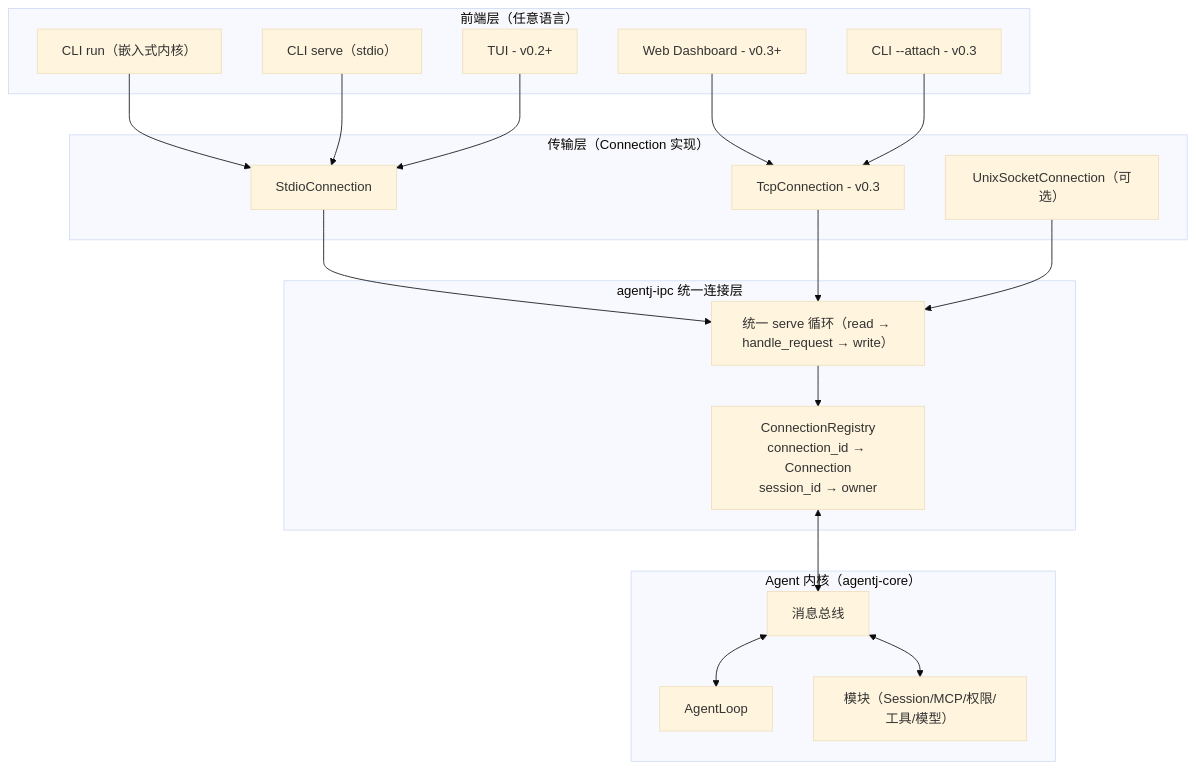
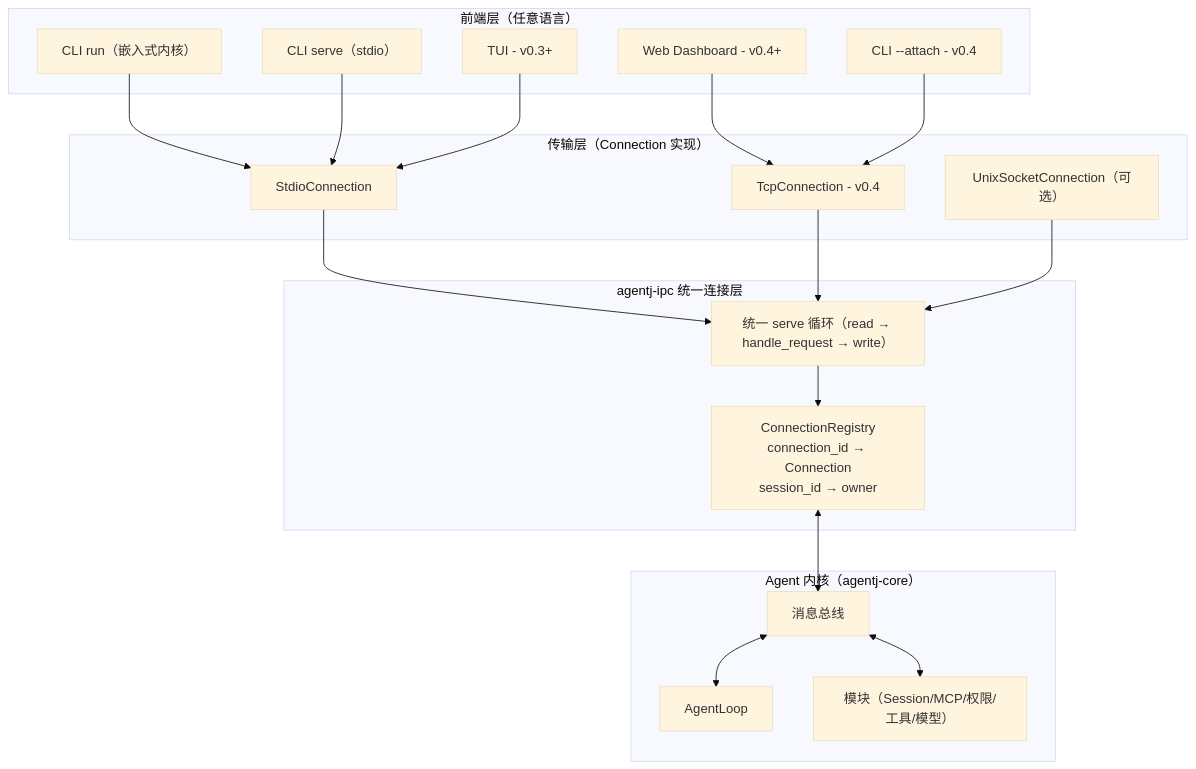
Before and after one commit to JeillZhang/agentj: the first of 4 diagrams in docs/superpowers/specs/2026-08-15-agentj-daemon-kernel-design.md, drawn with Mermaid (base theme). The commit also changed other lines of this file and 8 other files, not shown here.

````diff
--- a/docs/superpowers/specs/2026-08-15-agentj-daemon-kernel-design.md
+++ b/docs/superpowers/specs/2026-08-15-agentj-daemon-kernel-design.md
@@ -84,38 +84,38 @@
 ```mermaid
 flowchart TB
     subgraph Frontend["前端层（任意语言）"]
         CLI1["CLI run（嵌入式内核）"]
         CLI2["CLI serve（stdio）"]
-        TUI["TUI - v0.2+"]
-        WEB["Web Dashboard - v0.3+"]
-        CLI3["CLI --attach - v0.3"]
+        TUI["TUI - v0.3+"]
+        WEB["Web Dashboard - v0.4+"]
+        CLI3["CLI --attach - v0.4"]
     end
 
     subgraph Transports["传输层（Connection 实现）"]
         S1["StdioConnection"]
-        S2["TcpConnection - v0.3"]
+        S2["TcpConnection - v0.4"]
         S3["UnixSocketConnection（可选）"]
     end
 
     subgraph IPC["agentj-ipc 统一连接层"]
         LOOP["统一 serve 循环（read → handle_request → write）"]
         REG["ConnectionRegistry<br/>connection_id → Connection<br/>session_id → owner"]
     end
 
     subgraph Kernel["Agent 内核（agentj-core）"]
         BUS["消息总线"]
         AGENT["AgentLoop"]
         MODS["模块（Session/MCP/权限/工具/模型）"]
     end
 
     CLI1 --> S1
     CLI2 --> S1
     TUI --> S1
     WEB --> S2
     CLI3 --> S2
     S1 & S2 & S3 --> LOOP
     LOOP --> REG
     REG <--> BUS
     BUS <--> AGENT
     BUS <--> MODS
 ```
````
